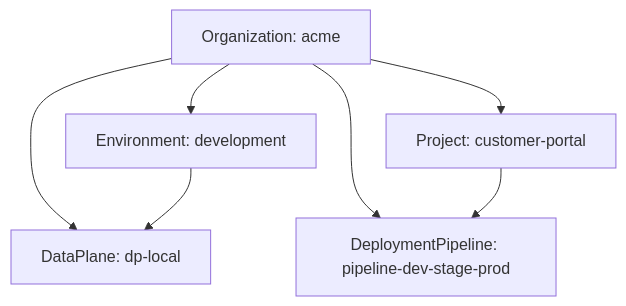
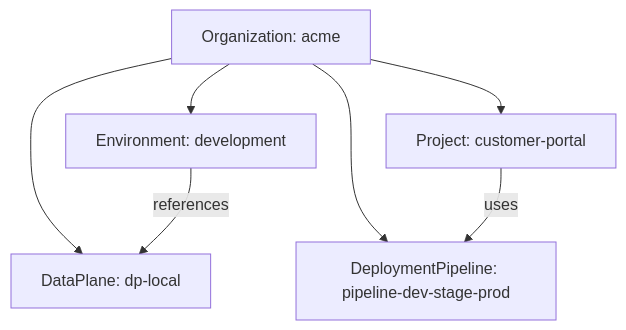
One commit to openchoreo/openchoreo changed the fifth of 5 diagrams in docs/deepwiki/Build-and-Deployment-Resources.md. Above: the diagram before and after it, drawn with Mermaid. The commit also changed other lines of this file and 85 other files, not shown here.

Commit message:
feat: Add new workflow and specification templates, update Helm chart dependencies, and clarify documentation diagrams.

````diff
--- a/docs/deepwiki/Build-and-Deployment-Resources.md
+++ b/docs/deepwiki/Build-and-Deployment-Resources.md
@@ -387,16 +387,16 @@
 ```mermaid
 flowchart TD
 
 ORG["Organization: acme"]
 DP["DataPlane: dp-local"]
 DEV["Environment: development"]
 PIPE["DeploymentPipeline: pipeline-dev-stage-prod"]
 PROJ["Project: customer-portal"]
 
 ORG --> DP
 ORG --> DEV
 ORG --> PIPE
 ORG --> PROJ
-DEV --> DP
-PROJ --> PIPE
+DEV -->|"references"| DP
+PROJ -->|"uses"| PIPE
 ```
````
